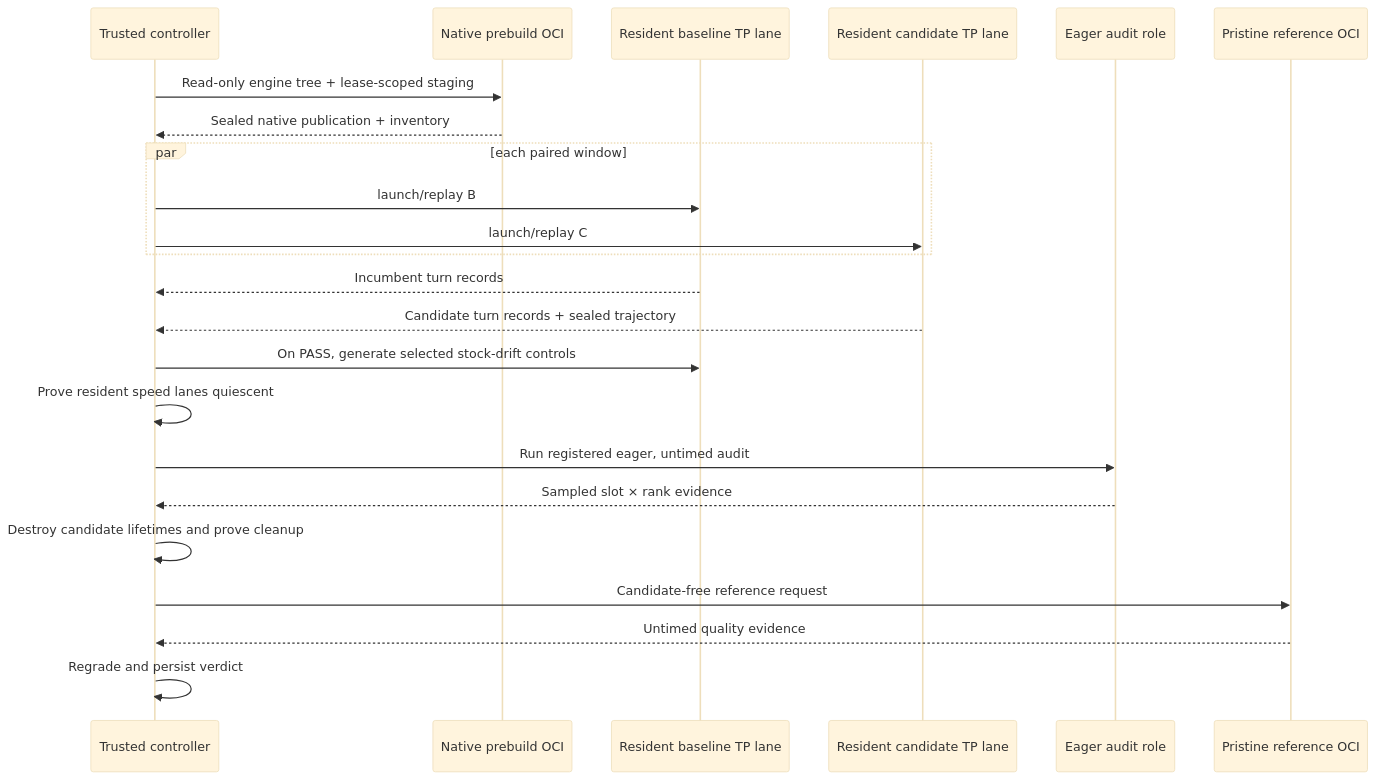
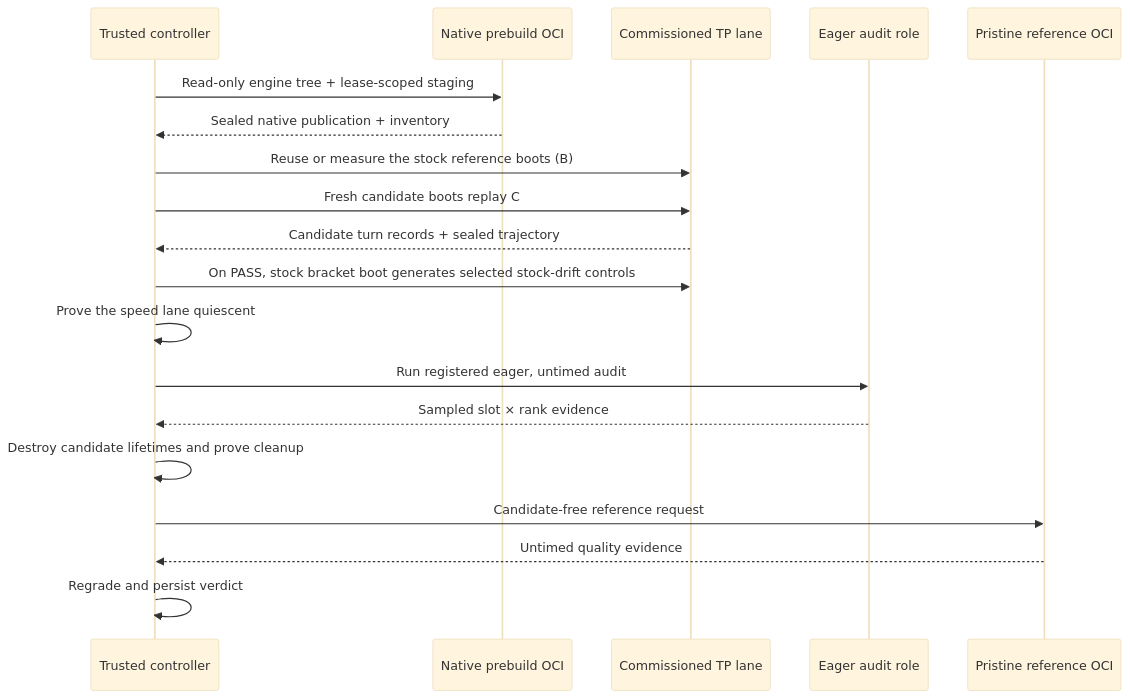
The diagram in docs/security/isolation.md (latent-to/cacheon), drawn with Mermaid (base theme) before and after one commit. The commit also changed other lines of this file and 125 other files, not shown here.

````diff
--- a/docs/security/isolation.md
+++ b/docs/security/isolation.md
@@ -19,26 +19,22 @@
 ```mermaid
 sequenceDiagram
     participant H as Trusted controller
     participant P as Native prebuild OCI
-    participant L0 as Resident baseline TP lane
-    participant L1 as Resident candidate TP lane
+    participant L as Commissioned TP lane
     participant A as Eager audit role
     participant T as Pristine reference OCI
 
     H->>P: Read-only engine tree + lease-scoped staging
     P-->>H: Sealed native publication + inventory
-    par each paired window
-        H->>L0: launch/replay B
-        H->>L1: launch/replay C
-    end
-    L0-->>H: Incumbent turn records
-    L1-->>H: Candidate turn records + sealed trajectory
-    H->>L0: On PASS, generate selected stock-drift controls
-    H->>H: Prove resident speed lanes quiescent
+    H->>L: Reuse or measure the stock reference boots (B)
+    H->>L: Fresh candidate boots replay C
+    L-->>H: Candidate turn records + sealed trajectory
+    H->>L: On PASS, stock bracket boot generates selected stock-drift controls
+    H->>H: Prove the speed lane quiescent
     H->>A: Run registered eager, untimed audit
     A-->>H: Sampled slot × rank evidence
     H->>H: Destroy candidate lifetimes and prove cleanup
     H->>T: Candidate-free reference request
     T-->>H: Untimed quality evidence
     H->>H: Regrade and persist verdict
 ```
````
